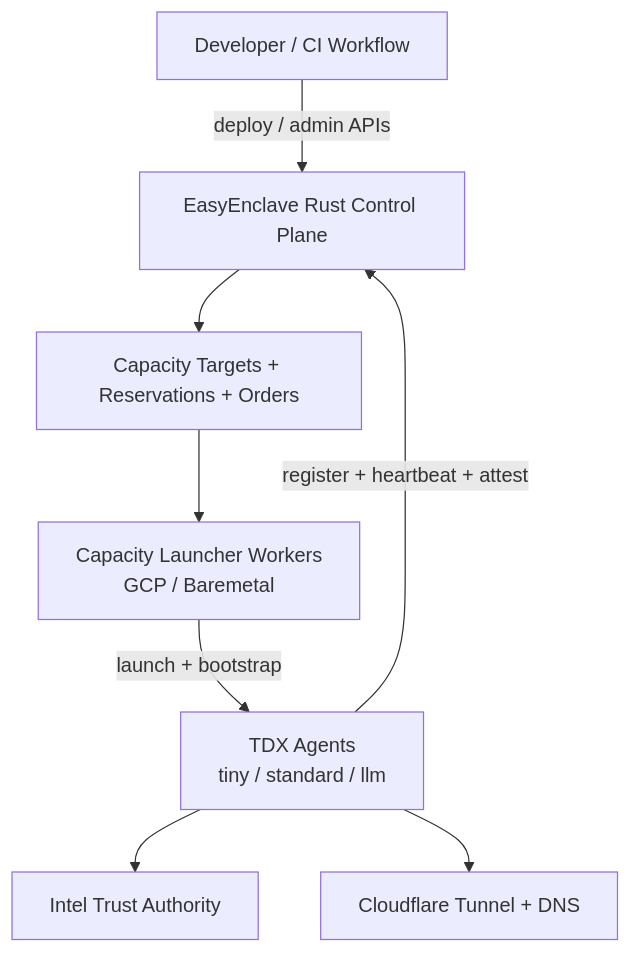
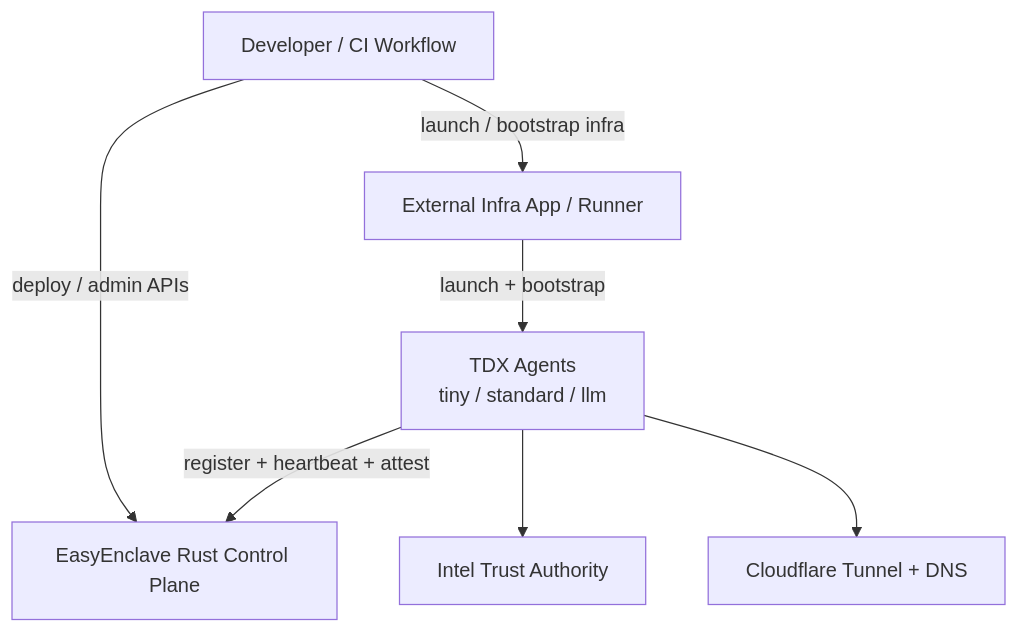
One commit to easyenclave/easyenclave changed the first of 2 diagrams in docs/ARCHITECTURE.md. Above: the diagram before and after it, drawn with Mermaid. The commit also changed other lines of this file and 76 other files, not shown here.

````diff
--- a/docs/ARCHITECTURE.md
+++ b/docs/ARCHITECTURE.md
@@ -7,18 +7,16 @@
 ```mermaid
 flowchart TD
     Dev[Developer / CI Workflow]
     CP[EasyEnclave Rust Control Plane]
-    Capacity[Capacity Targets + Reservations + Orders]
-    Workers[Capacity Launcher Workers<br/>GCP / Baremetal]
+    InfraApp[External Infra App / Runner]
     Agents[TDX Agents<br/>tiny / standard / llm]
     ITA[Intel Trust Authority]
     CF[Cloudflare Tunnel + DNS]
 
     Dev -->|deploy / admin APIs| CP
-    CP --> Capacity
-    Capacity --> Workers
-    Workers -->|launch + bootstrap| Agents
+    Dev -->|launch / bootstrap infra| InfraApp
+    InfraApp -->|launch + bootstrap| Agents
     Agents -->|register + heartbeat + attest| CP
     Agents --> ITA
     Agents --> CF
 ```
````
